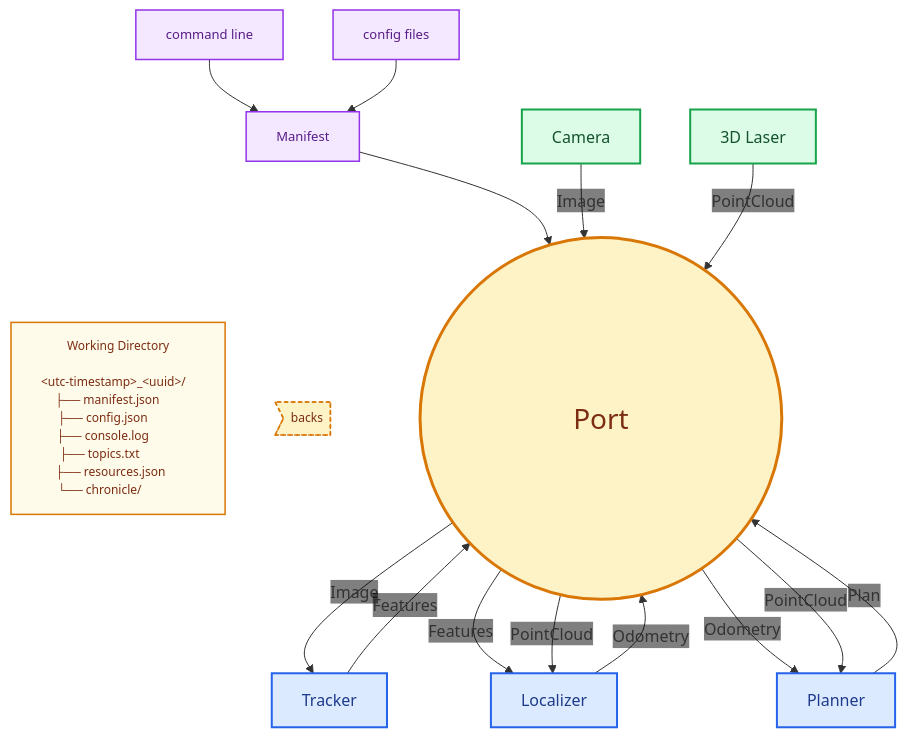
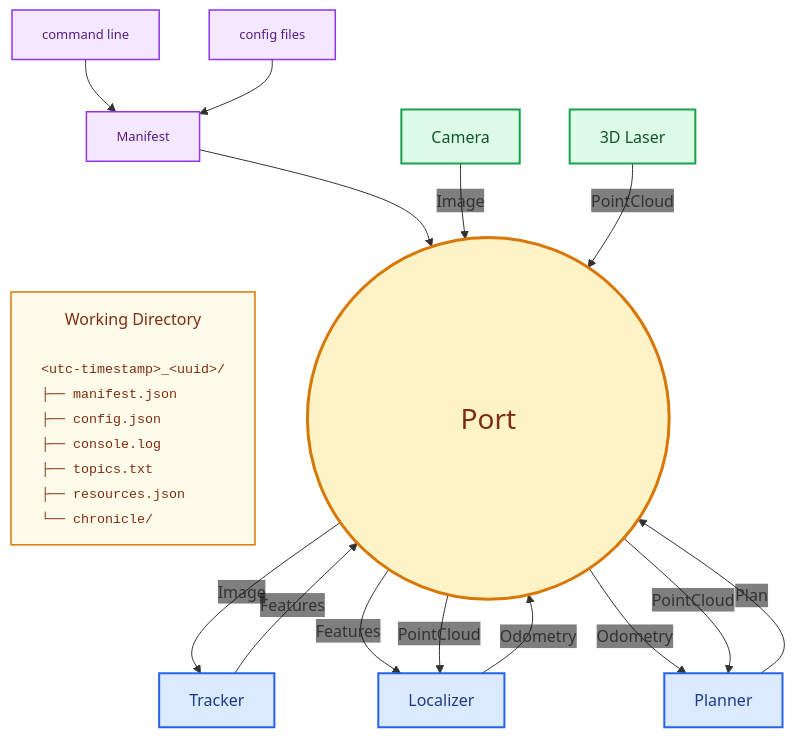
The first of 2 diagrams in README.md (ajakhotia/nioc), drawn with Mermaid before and after one commit.

Commit message:
docs(readme): improve readme

````diff
--- a/README.md
+++ b/README.md
@@ -203,45 +203,41 @@
 ```mermaid
 %%{init: {"themeVariables": {"edgeLabelBackground": "transparent"}}}%%
 flowchart TB
   classDef input     fill:#f3e8ff,stroke:#9333ea,stroke-width:1.5px,color:#581c87,font-size:13px;
   classDef driver    fill:#dcfce7,stroke:#16a34a,stroke-width:2px,color:#14532d;
   classDef component fill:#dbeafe,stroke:#2563eb,stroke-width:2px,color:#1e3a8a;
   classDef port      fill:#fef3c7,stroke:#d97706,stroke-width:3px,color:#7c2d12,font-size:28px;
-  classDef artifact  fill:#fffbeb,stroke:#d97706,stroke-width:1.5px,color:#7c2d12,font-size:12px;
-  classDef backing   fill:#fef3c7,stroke:#d97706,stroke-width:1.5px,color:#7c2d12,font-size:12px,stroke-dasharray:4 3;
+  classDef artifact  fill:#fffbeb,stroke:#d97706,stroke-width:1.5px,color:#7c2d12;
 
   CLI["command line"]:::input
   FILES["config files"]:::input
   MANIFEST["Manifest"]:::input
 
-  WD["Working Directory<br/><br/>&lt;utc-timestamp&gt;_&lt;uuid&gt;/&nbsp;&nbsp;&nbsp;<br/>├──&nbsp;manifest.json&nbsp;&nbsp;&nbsp;&nbsp;&nbsp;&nbsp;&nbsp;<br/>├──&nbsp;config.json&nbsp;&nbsp;&nbsp;&nbsp;&nbsp;&nbsp;&nbsp;&nbsp;&nbsp;&nbsp;<br/>├──&nbsp;console.log&nbsp;&nbsp;&nbsp;&nbsp;&nbsp;&nbsp;&nbsp;&nbsp;&nbsp;&nbsp;<br/>├──&nbsp;topics.txt&nbsp;&nbsp;&nbsp;&nbsp;&nbsp;&nbsp;&nbsp;&nbsp;&nbsp;&nbsp;&nbsp;&nbsp;<br/>├──&nbsp;resources.json&nbsp;&nbsp;&nbsp;&nbsp;&nbsp;<br/>└──&nbsp;chronicle/&nbsp;&nbsp;&nbsp;&nbsp;&nbsp;&nbsp;&nbsp;&nbsp;&nbsp;&nbsp;&nbsp;&nbsp;"]:::artifact
-
-  BACK>"backs"]:::backing
+  WD["Working Directory<br/><br/><small><code>&lt;utc-timestamp&gt;_&lt;uuid&gt;/</code></small><br/><small><code>├──&nbsp;manifest.json&nbsp;&nbsp;&nbsp;&nbsp;&nbsp;&nbsp;</code></small><br/><small><code>├──&nbsp;config.json&nbsp;&nbsp;&nbsp;&nbsp;&nbsp;&nbsp;&nbsp;&nbsp;</code></small><br/><small><code>├──&nbsp;console.log&nbsp;&nbsp;&nbsp;&nbsp;&nbsp;&nbsp;&nbsp;&nbsp;</code></small><br/><small><code>├──&nbsp;topics.txt&nbsp;&nbsp;&nbsp;&nbsp;&nbsp;&nbsp;&nbsp;&nbsp;&nbsp;</code></small><br/><small><code>├──&nbsp;resources.json&nbsp;&nbsp;&nbsp;&nbsp;&nbsp;</code></small><br/><small><code>└──&nbsp;chronicle/&nbsp;&nbsp;&nbsp;&nbsp;&nbsp;&nbsp;&nbsp;&nbsp;&nbsp;</code></small>"]:::artifact
 
   CAM["Camera"]:::driver
   LASER["3D Laser"]:::driver
 
   PORT(("&nbsp;<br/>&nbsp;<br/>&nbsp;&nbsp;&nbsp;&nbsp;&nbsp;&nbsp;&nbsp;&nbsp;&nbsp;&nbsp;&nbsp;&nbsp;&nbsp;&nbsp;&nbsp;&nbsp;&nbsp;&nbsp;&nbsp;&nbsp;Port&nbsp;&nbsp;&nbsp;&nbsp;&nbsp;&nbsp;&nbsp;&nbsp;&nbsp;&nbsp;&nbsp;&nbsp;&nbsp;&nbsp;&nbsp;&nbsp;&nbsp;&nbsp;&nbsp;&nbsp;<br/>&nbsp;<br/>&nbsp;")):::port
 
   TRK["Tracker"]:::component
   LOC["Localizer"]:::component
   PLN["Planner"]:::component
 
   CLI --> MANIFEST
   FILES --> MANIFEST
   MANIFEST --> PORT
   MANIFEST ~~~ WD
-  MANIFEST ~~~ BACK
 
   CAM -- "Image" --> PORT
   LASER -- "PointCloud" --> PORT
 
   PORT -- "Image" --> TRK
   TRK -- "Features" --> PORT
   PORT -- "Features" --> LOC
   PORT -- "PointCloud" --> LOC
   LOC -- "Odometry" --> PORT
   PORT -- "Odometry" --> PLN
   PORT -- "PointCloud" --> PLN
   PLN -- "Plan" --> PORT
 ```
````
